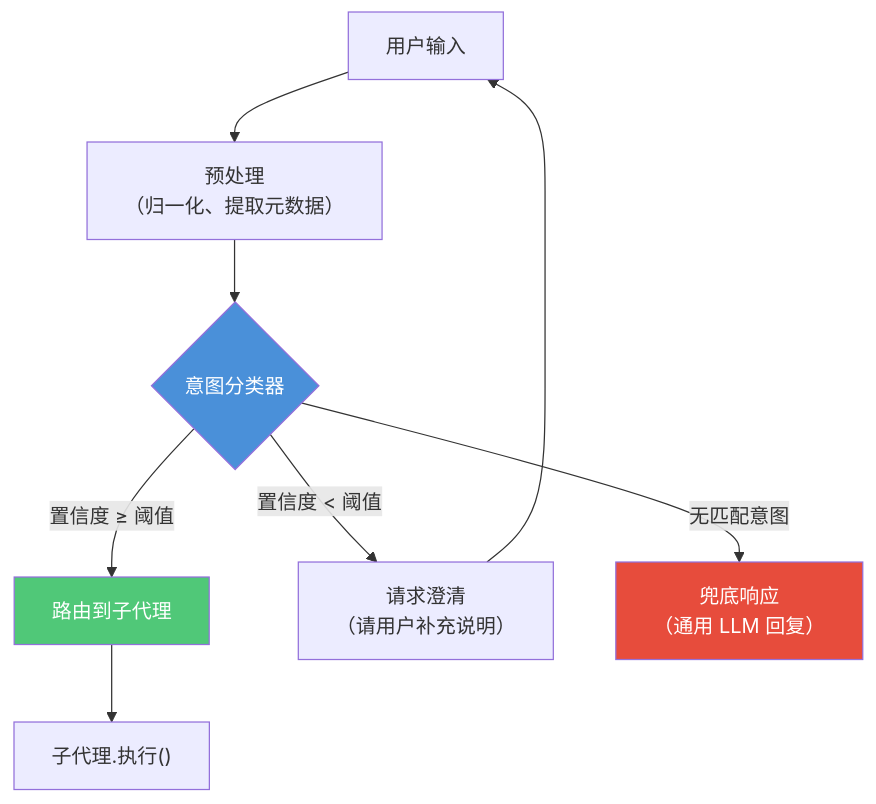
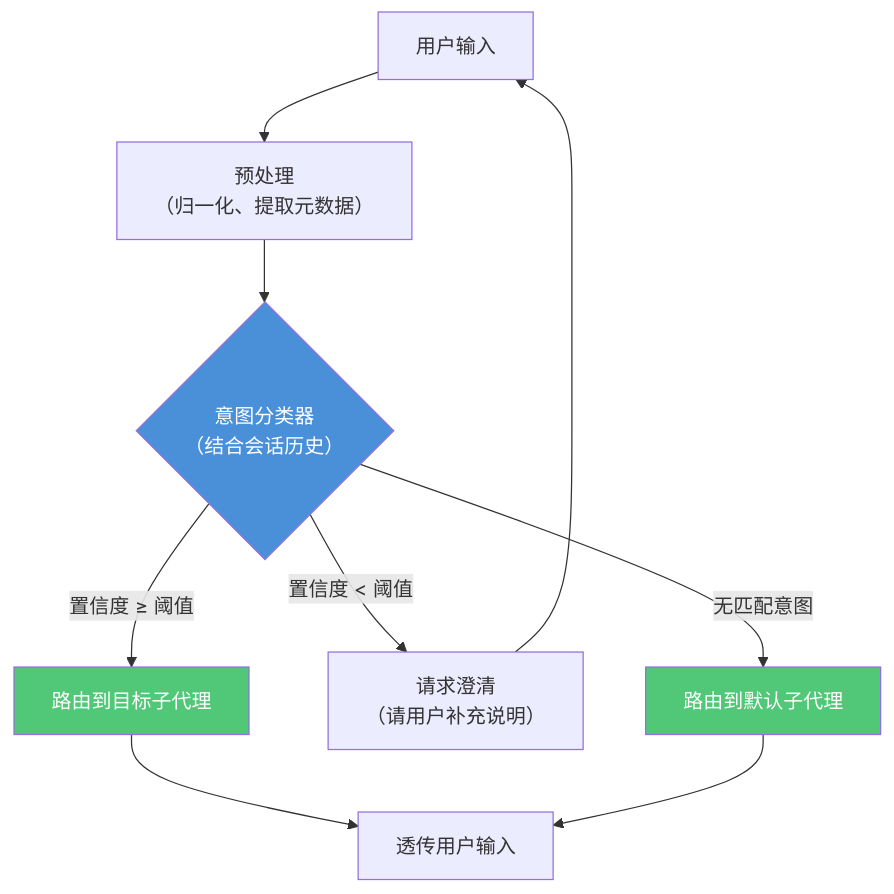
One commit to heelynn/artipivot changed the third of 20 diagrams in doc/DESIGN.md. Above: the diagram before and after it, drawn with Mermaid. The commit also changed other lines of this file, not shown here.

````diff
--- a/doc/DESIGN.md
+++ b/doc/DESIGN.md
@@ -194,14 +196,15 @@
 ```mermaid
 flowchart TD
     Input["用户输入"] --> Preprocess["预处理<br/>（归一化、提取元数据）"]
-    Preprocess --> Classify{"意图分类器"}
-    Classify -->|"置信度 ≥ 阈值"| Route["路由到子代理"]
+    Preprocess --> Classify{"意图分类器<br/>（结合会话历史）"}
+    Classify -->|"置信度 ≥ 阈值"| Route["路由到目标子代理"]
     Classify -->|"置信度 < 阈值"| Clarify["请求澄清<br/>（请用户补充说明）"]
-    Classify -->|"无匹配意图"| Fallback["兜底响应<br/>（通用 LLM 回复）"]
+    Classify -->|"无匹配意图"| Fallback["路由到默认子代理"]
     Clarify --> Input
-    Route --> Execute["子代理.执行()"]
+    Route --> Execute["透传用户输入"]
+    Fallback --> Execute
 
     style Classify fill:#4A90D9,color:#fff
     style Route fill:#50C878,color:#fff
-    style Fallback fill:#E74C3C,color:#fff
+    style Fallback fill:#50C878,color:#fff
 ```
````
